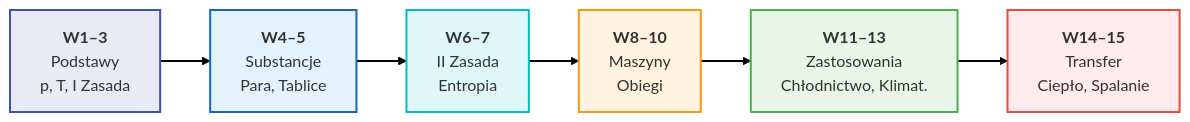
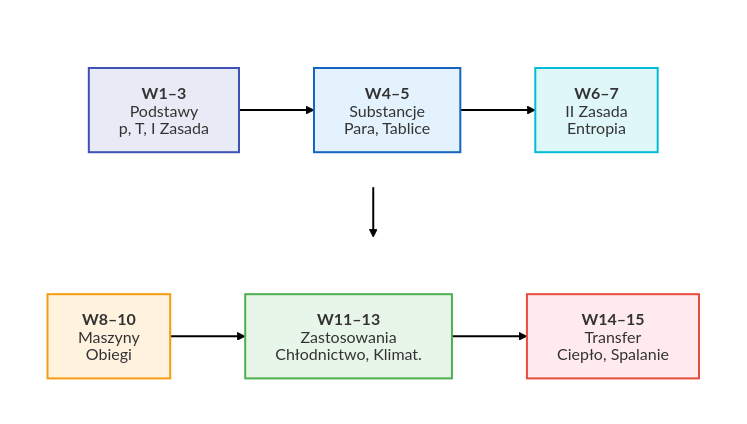
The sixth of 6 diagrams in Wyklady/15_Spalanie_Egzergia.qmd (moondec/Termodynamika), drawn with Mermaid before and after one commit. The commit also changed other lines of this file and 84 other files, not shown here.

First line of the commit message:
Wykłady: diagramy mermaid bez ucinania i dopasowane do slajdów

````diff
--- a/Wyklady/15_Spalanie_Egzergia.qmd
+++ b/Wyklady/15_Spalanie_Egzergia.qmd
@@ -404,20 +411,39 @@
 ```{mermaid}
 %%| fig-align: center
-%%| fig-width: 14
 
-%%{init: {'theme': 'default', 'flowchart': { 'useMaxWidth': false, 'htmlLabels': true }, 'themeVariables': { 'fontSize': '16px', 'fontFamily': 'sans-serif' }}}%%
-flowchart LR
-    A["<b>W1–3</b><br>Podstawy<br>p, T, I Zasada"] --> B["<b>W4–5</b><br>Substancje<br>Para, Tablice"]
-    B --> C["<b>W6–7</b><br>II Zasada<br>Entropia"]
-    C --> D["<b>W8–10</b><br>Maszyny<br>Obiegi"]
-    D --> E["<b>W11–13</b><br>Zastosowania<br>Chłodnictwo, Klimat."]
-    E --> F["<b>W14–15</b><br>Transfer<br>Ciepło, Spalanie"]
+%%{init: {'theme': 'default', 'flowchart': {'htmlLabels': false, 'wrappingWidth': 400, 'subGraphTitleMargin': {'top': 6, 'bottom': 16}}, 'themeVariables': {'fontSize': '16px', 'fontFamily': 'Arial, Helvetica, sans-serif'}, 'htmlLabels': false}}%%
+flowchart TB
+    subgraph R1 [" "]
+        direction LR
+        A["`**W1–3**
+Podstawy
+p, T, I Zasada`"] --> B["`**W4–5**
+Substancje
+Para, Tablice`"]
+        B --> C["`**W6–7**
+II Zasada
+Entropia`"]
+    end
+    subgraph R2 [" "]
+        direction LR
+        D["`**W8–10**
+Maszyny
+Obiegi`"] --> E["`**W11–13**
+Zastosowania
+Chłodnictwo, Klimat.`"]
+        E --> F["`**W14–15**
+Transfer
+Ciepło, Spalanie`"]
+    end
+    R1 --> R2
     
     style A fill:#e8eaf6,stroke:#3f51b5,stroke-width:2px
     style B fill:#e3f2fd,stroke:#1565c0,stroke-width:2px
     style C fill:#e0f7fa,stroke:#00bcd4,stroke-width:2px
     style D fill:#fff3e0,stroke:#f39c12,stroke-width:2px
     style E fill:#e8f5e9,stroke:#4caf50,stroke-width:2px
     style F fill:#ffebee,stroke:#e74c3c,stroke-width:2px
+    style R1 fill:none,stroke:none
+    style R2 fill:none,stroke:none
     linkStyle default stroke-width:2px,fill:none,stroke:black
 ```
````
